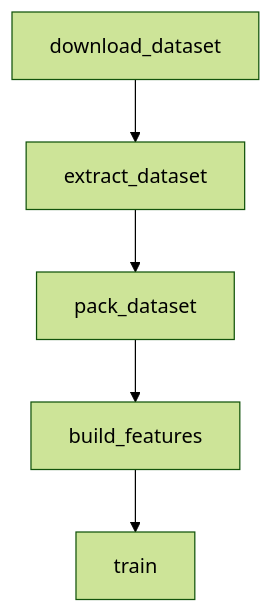
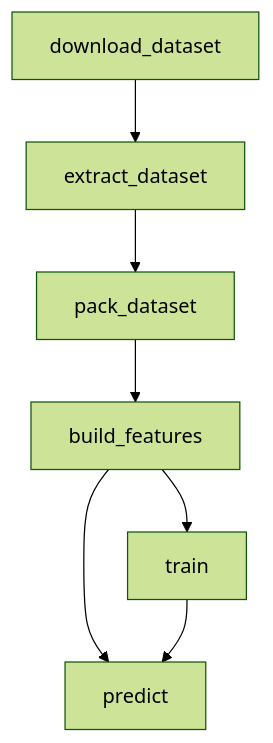
The first of 2 diagrams in PIPELINE.md (u-masao/two-tower-model-tutorial), drawn with Mermaid (forest theme) before and after one commit. The commit also changed other lines of this file, not shown here.

````diff
--- a/PIPELINE.md
+++ b/PIPELINE.md
@@ -7,12 +7,15 @@
 ```mermaid
 flowchart TD
 	node1["build_features"]
 	node2["download_dataset"]
 	node3["extract_dataset"]
 	node4["pack_dataset"]
-	node5["train"]
+	node5["predict"]
+	node6["train"]
 	node1-->node5
+	node1-->node6
 	node2-->node3
 	node3-->node4
 	node4-->node1
+	node6-->node5
 ```
````
